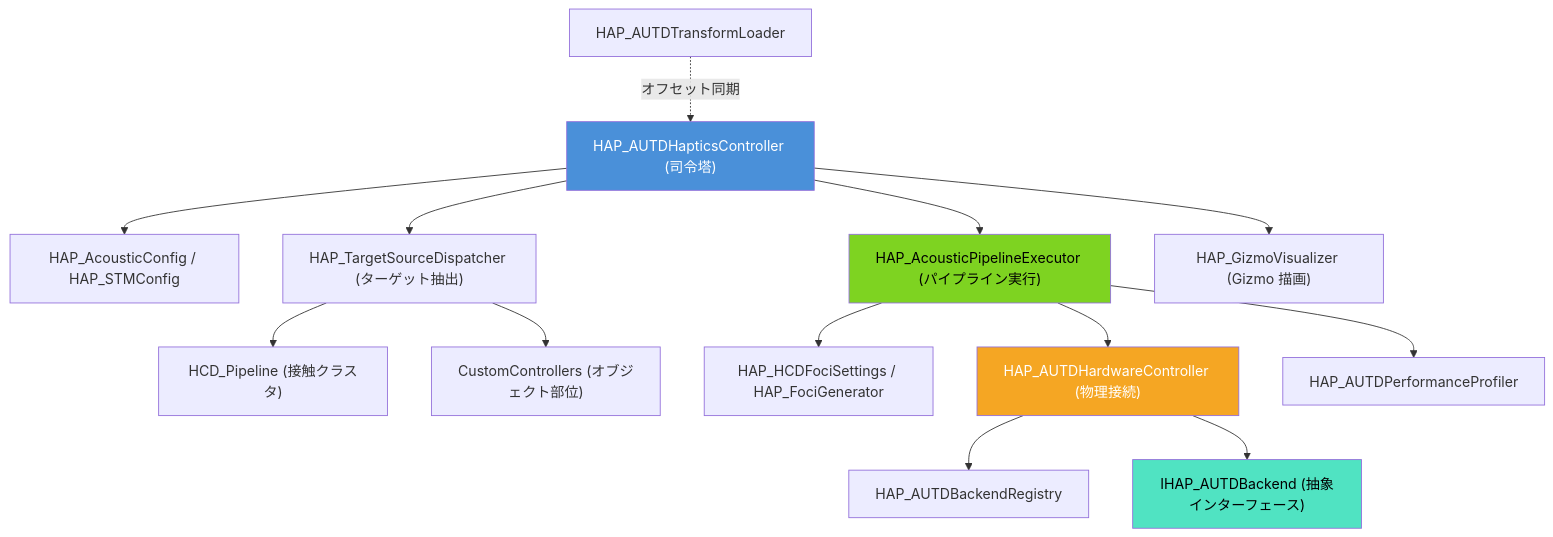
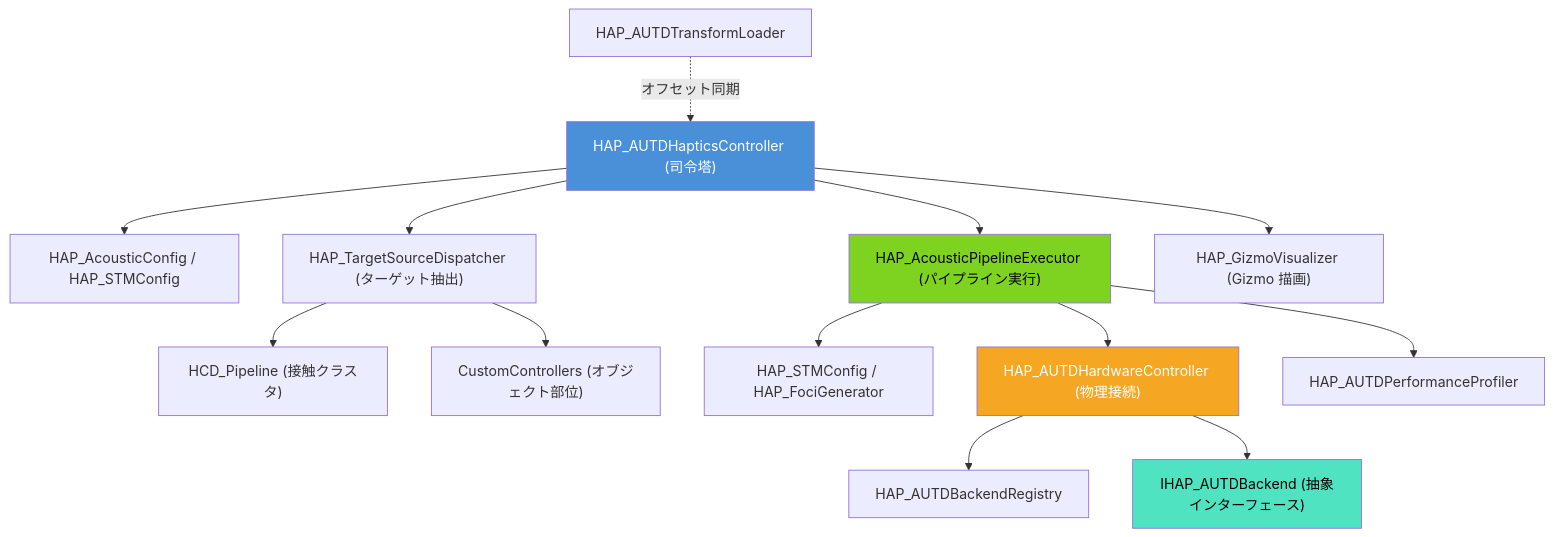
One commit to kotetsuOU/RealTimeOcclusionDemo changed the diagram in Docs/Haptics.md. Above: the diagram before and after it, drawn with Mermaid. The commit also changed other lines of this file and 3 other files, not shown here.

````diff
--- a/Docs/Haptics.md
+++ b/Docs/Haptics.md
@@ -80,24 +81,24 @@
 ```mermaid
 graph TD
     HC["HAP_AUTDHapticsController (司令塔)"] --> CFG["HAP_AcousticConfig / HAP_STMConfig"]
     HC --> TD["HAP_TargetSourceDispatcher (ターゲット抽出)"]
     HC --> PE["HAP_AcousticPipelineExecutor (パイプライン実行)"]
     HC --> GV["HAP_GizmoVisualizer (Gizmo 描画)"]
 
     TD --> HCD["HCD_Pipeline (接触クラスタ)"]
     TD --> CC["CustomControllers (オブジェクト部位)"]
 
-    PE --> FS["HAP_HCDFociSettings / HAP_FociGenerator"]
+    PE --> FS["HAP_STMConfig / HAP_FociGenerator"]
     PE --> HW["HAP_AUTDHardwareController (物理接続)"]
     PE --> PP["HAP_AUTDPerformanceProfiler"]
 
     HW --> REG["HAP_AUTDBackendRegistry"]
     HW --> IF["IHAP_AUTDBackend (抽象インターフェース)"]
 
     TL["HAP_AUTDTransformLoader"] -. "オフセット同期" .-> HC
 
     style HC fill:#4a90d9,color:#fff
     style IF fill:#50e3c2,color:#000
     style HW fill:#f5a623,color:#fff
     style PE fill:#7ed321,color:#000
 ```
````
